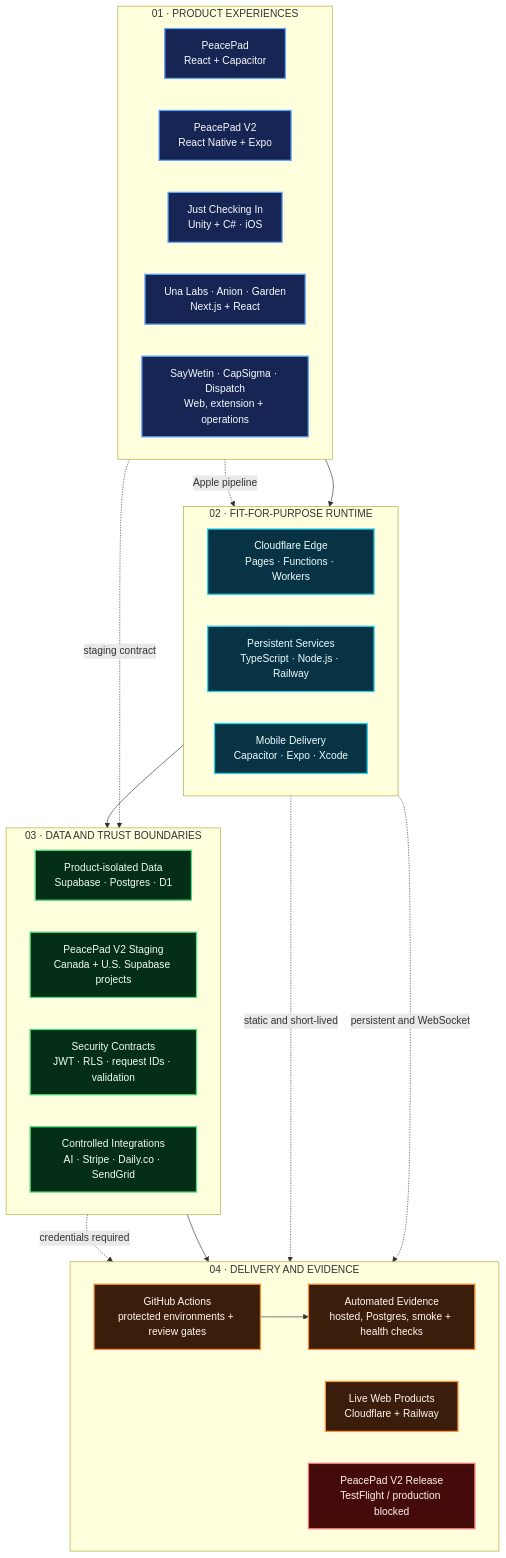
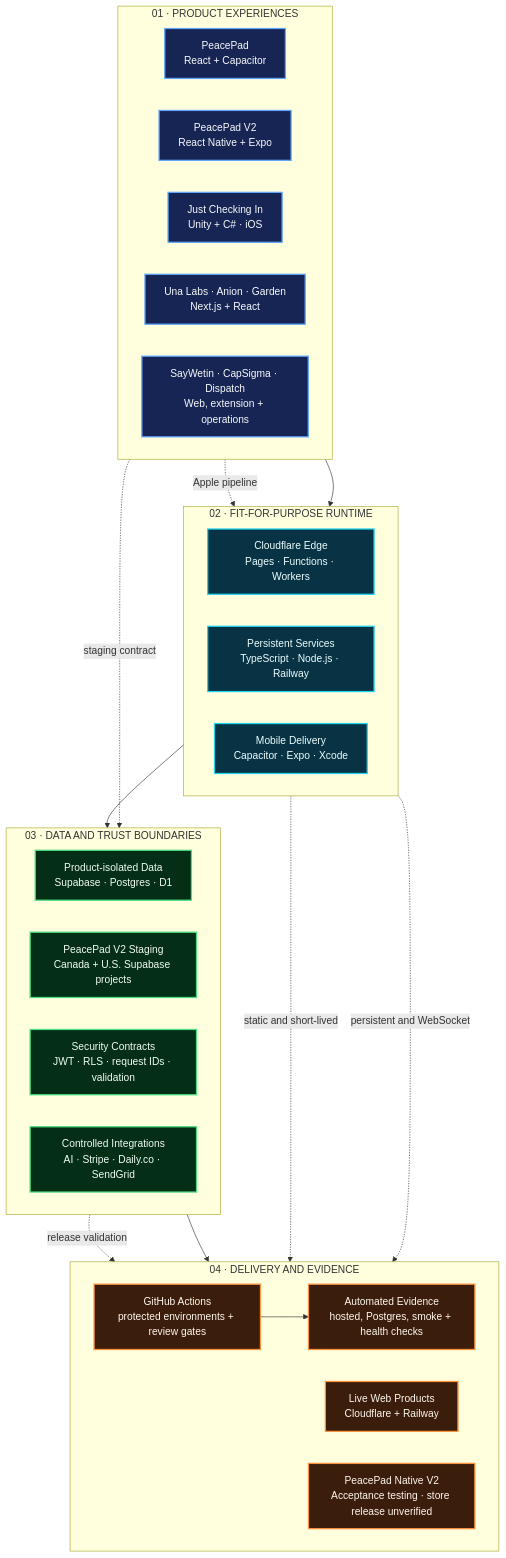
Before and after one commit to fefejiro/fefejiro: the diagram in README.md, drawn with Mermaid. The commit also changed other lines of this file, not shown here.

First line of the commit message:
Fix GitHub business contact, PeacePad status, and verified portfolio links (#7)

````diff
--- a/README.md
+++ b/README.md
@@ -91,57 +91,57 @@
 ```mermaid
 flowchart TB
     subgraph EXPERIENCE["01 · PRODUCT EXPERIENCES"]
         direction LR
         FAMILY["PeacePad<br/>React + Capacitor"]
         NATIVE["PeacePad V2<br/>React Native + Expo"]
         GAME["Just Checking In<br/>Unity + C# · iOS"]
         WEB["Una Labs · Anion · Garden<br/>Next.js + React"]
         OPS["SayWetin · CapSigma · Dispatch<br/>Web, extension + operations"]
     end
 
     subgraph RUNTIME["02 · FIT-FOR-PURPOSE RUNTIME"]
         direction LR
         EDGE["Cloudflare Edge<br/>Pages · Functions · Workers"]
         API["Persistent Services<br/>TypeScript · Node.js · Railway"]
         MOBILE["Mobile Delivery<br/>Capacitor · Expo · Xcode"]
     end
 
     subgraph TRUST["03 · DATA AND TRUST BOUNDARIES"]
         direction LR
         DATA["Product-isolated Data<br/>Supabase · Postgres · D1"]
         REGIONS["PeacePad V2 Staging<br/>Canada + U.S. Supabase projects"]
         SECURITY["Security Contracts<br/>JWT · RLS · request IDs · validation"]
         SERVICES["Controlled Integrations<br/>AI · Stripe · Daily.co · SendGrid"]
     end
 
     subgraph DELIVERY["04 · DELIVERY AND EVIDENCE"]
         direction LR
         CI["GitHub Actions<br/>protected environments + review gates"]
         PROOF["Automated Evidence<br/>hosted, Postgres, smoke + health checks"]
         LIVE["Live Web Products<br/>Cloudflare + Railway"]
-        BLOCKED["PeacePad V2 Release<br/>TestFlight / production blocked"]
+        RELEASE["PeacePad Native V2<br/>Acceptance testing · store release unverified"]
     end
 
     EXPERIENCE --> RUNTIME
     RUNTIME --> TRUST
     TRUST --> DELIVERY
 
     NATIVE -. staging contract .-> REGIONS
     GAME -. Apple pipeline .-> MOBILE
     EDGE -. static and short-lived .-> LIVE
     API -. persistent and WebSocket .-> LIVE
-    REGIONS -. credentials required .-> BLOCKED
+    REGIONS -. release validation .-> RELEASE
     CI --> PROOF
 
     classDef product fill:#172554,stroke:#60A5FA,color:#F8FAFC,stroke-width:2px;
     classDef runtime fill:#083344,stroke:#22D3EE,color:#ECFEFF,stroke-width:2px;
     classDef trust fill:#052E16,stroke:#4ADE80,color:#F0FDF4,stroke-width:2px;
     classDef delivery fill:#3B1D0B,stroke:#FB923C,color:#FFF7ED,stroke-width:2px;
     classDef blocked fill:#450A0A,stroke:#F87171,color:#FEF2F2,stroke-width:2px;
 
     class FAMILY,NATIVE,GAME,WEB,OPS product;
     class EDGE,API,MOBILE runtime;
     class DATA,REGIONS,SECURITY,SERVICES trust;
     class CI,PROOF,LIVE delivery;
-    class BLOCKED blocked;
+    class RELEASE delivery;
 ```
````
